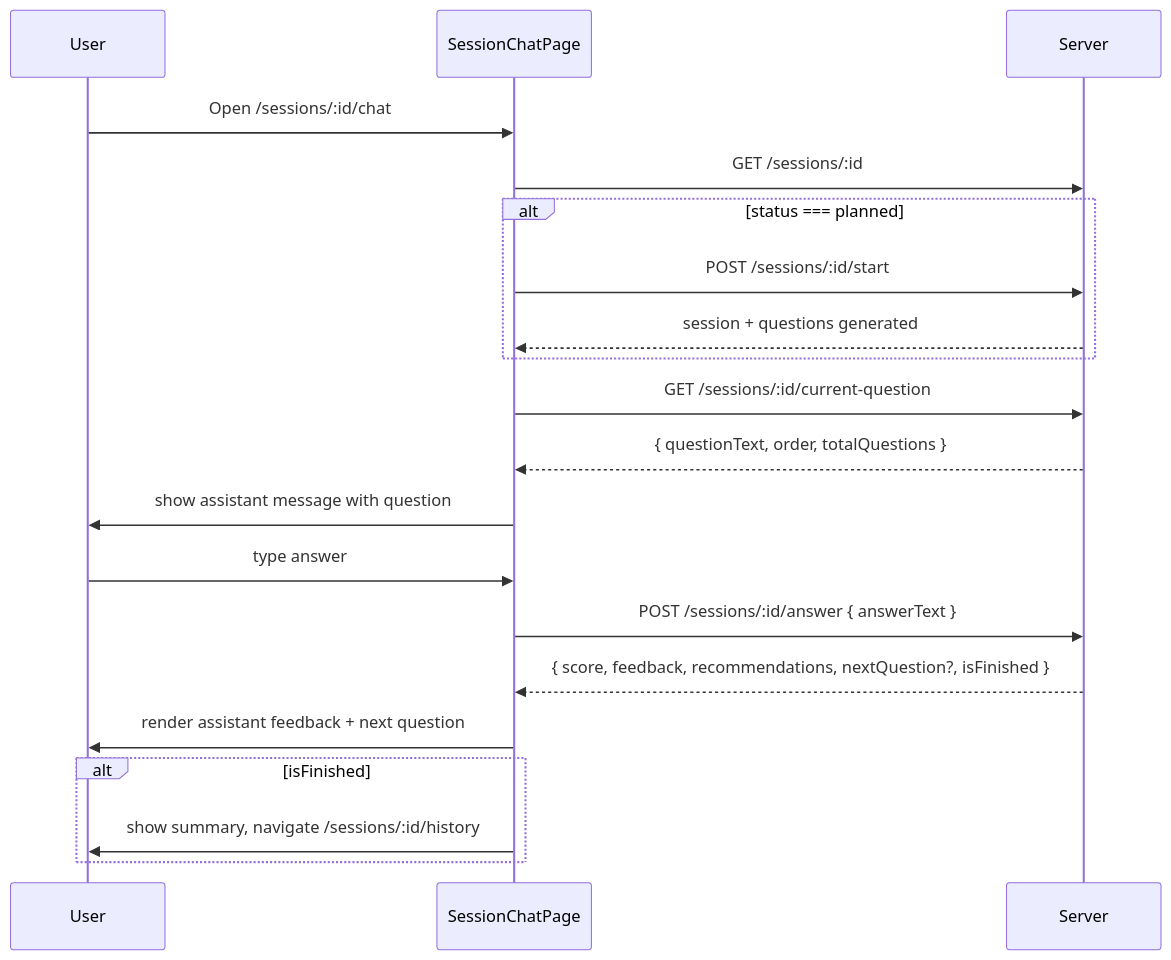
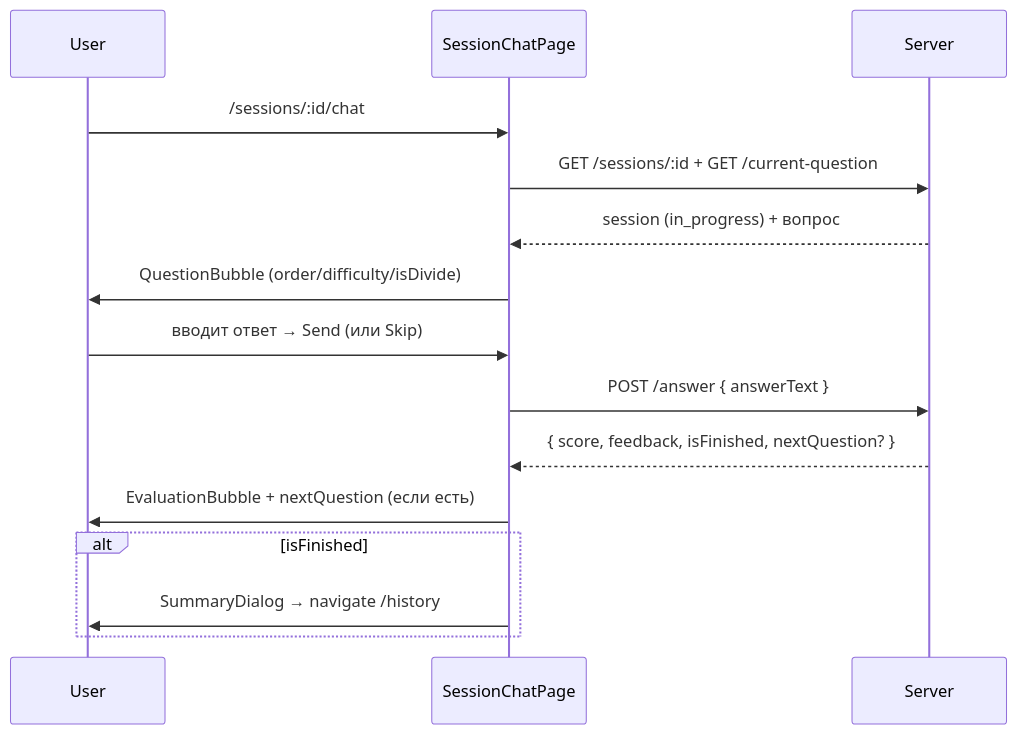
The first of 5 diagrams in FRONTEND_ROADMAP.md (awramy/onBoard), drawn with Mermaid before and after one commit. The commit also changed other lines of this file and 4 other files, not shown here.

````diff
--- a/FRONTEND_ROADMAP.md
+++ b/FRONTEND_ROADMAP.md
@@ -920,23 +948,18 @@
 ```mermaid
 sequenceDiagram
   participant U as User
   participant P as SessionChatPage
   participant S as Server
 
-  U->>P: Open /sessions/:id/chat
-  P->>S: GET /sessions/:id
-  alt status === planned
-    P->>S: POST /sessions/:id/start
-    S-->>P: session + questions generated
-  end
-  P->>S: GET /sessions/:id/current-question
-  S-->>P: { questionText, order, totalQuestions }
-  P->>U: show assistant message with question
-  U->>P: type answer
-  P->>S: POST /sessions/:id/answer { answerText }
-  S-->>P: { score, feedback, recommendations, nextQuestion?, isFinished }
-  P->>U: render assistant feedback + next question
+  U->>P: /sessions/:id/chat
+  P->>S: GET /sessions/:id + GET /current-question
+  S-->>P: session (in_progress) + вопрос
+  P->>U: QuestionBubble (order/difficulty/isDivide)
+  U->>P: вводит ответ → Send (или Skip)
+  P->>S: POST /answer { answerText }
+  S-->>P: { score, feedback, isFinished, nextQuestion? }
+  P->>U: EvaluationBubble + nextQuestion (если есть)
   alt isFinished
-    P->>U: show summary, navigate /sessions/:id/history
+    P->>U: SummaryDialog → navigate /history
   end
 ```
````
